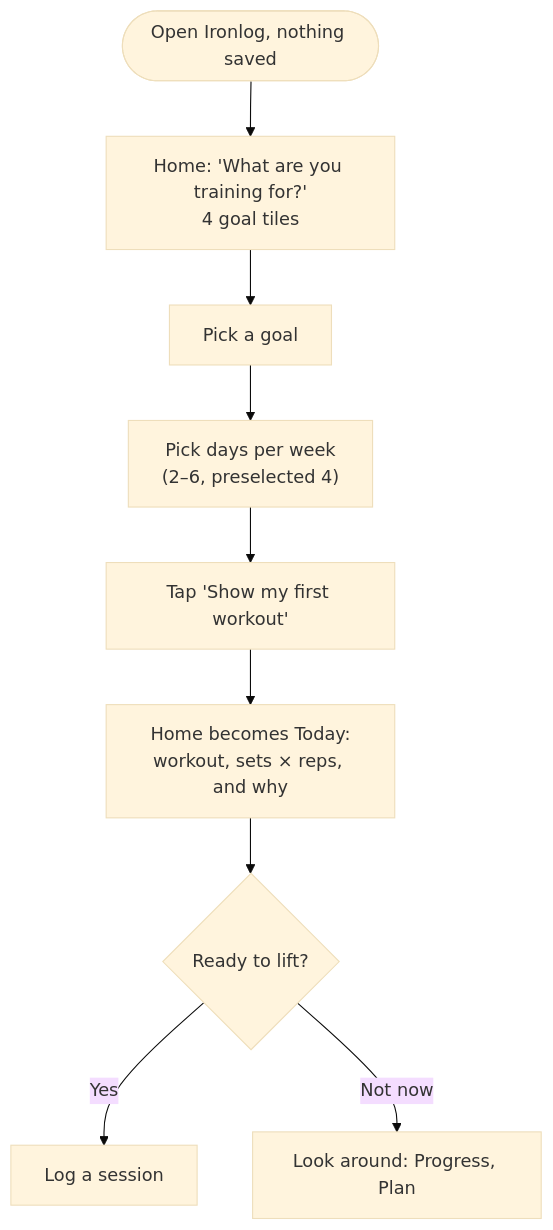
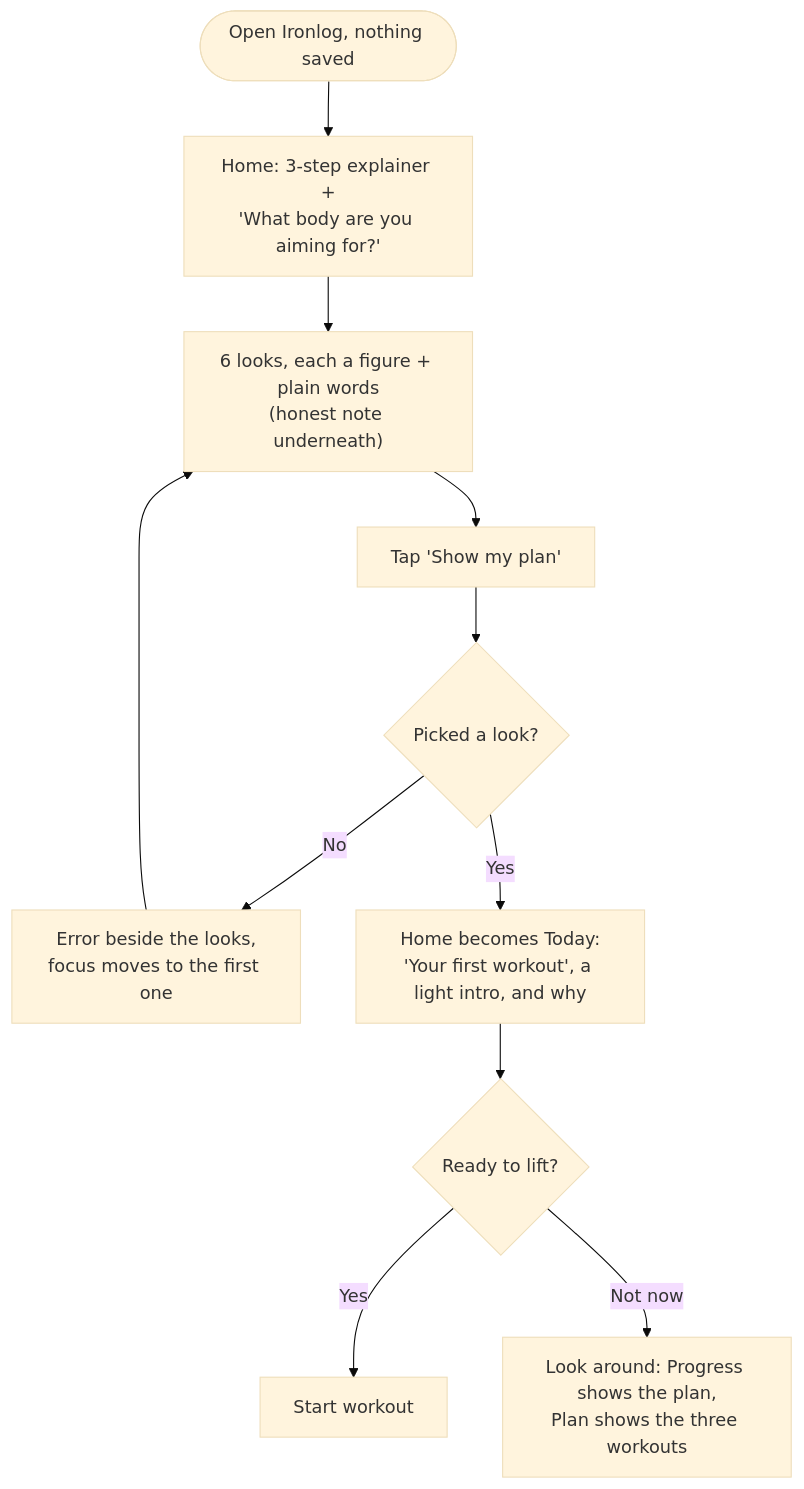
The first of 3 diagrams in flows.md (aneesamjad2001/design-build-ship-assignment-3), drawn with Mermaid (base theme) before and after one commit. The commit also changed other lines of this file and 4 other files, not shown here.

Commit message:
Docs for v3: README, flows, AGENTS.md, decisions, verify scripts

````diff
--- a/flows.md
+++ b/flows.md
@@ -12,11 +12,13 @@
 ```mermaid
 flowchart TD
-    A([Open Ironlog, nothing saved]) --> B["Home: 'What are you training for?'<br/>4 goal tiles"]
-    B --> C[Pick a goal]
-    C --> D["Pick days per week<br/>(2–6, preselected 4)"]
-    D --> E[Tap 'Show my first workout']
-    E --> F["Home becomes Today:<br/>workout, sets × reps, and why"]
-    F --> G{Ready to lift?}
-    G -- Yes --> H[Log a session]
-    G -- Not now --> I[Look around: Progress, Plan]
+    A([Open Ironlog, nothing saved]) --> B["Home: 3-step explainer +<br/>'What body are you aiming for?'"]
+    B --> C["6 looks, each a figure + plain words<br/>(honest note underneath)"]
+    C --> D[Tap 'Show my plan']
+    D --> E{Picked a look?}
+    E -- "No" --> F["Error beside the looks,<br/>focus moves to the first one"]
+    F --> C
+    E -- Yes --> G["Home becomes Today:<br/>'Your first workout', a light intro, and why"]
+    G --> H{Ready to lift?}
+    H -- Yes --> I[Start workout]
+    H -- Not now --> J["Look around: Progress shows the plan,<br/>Plan shows the three workouts"]
 ```
````
